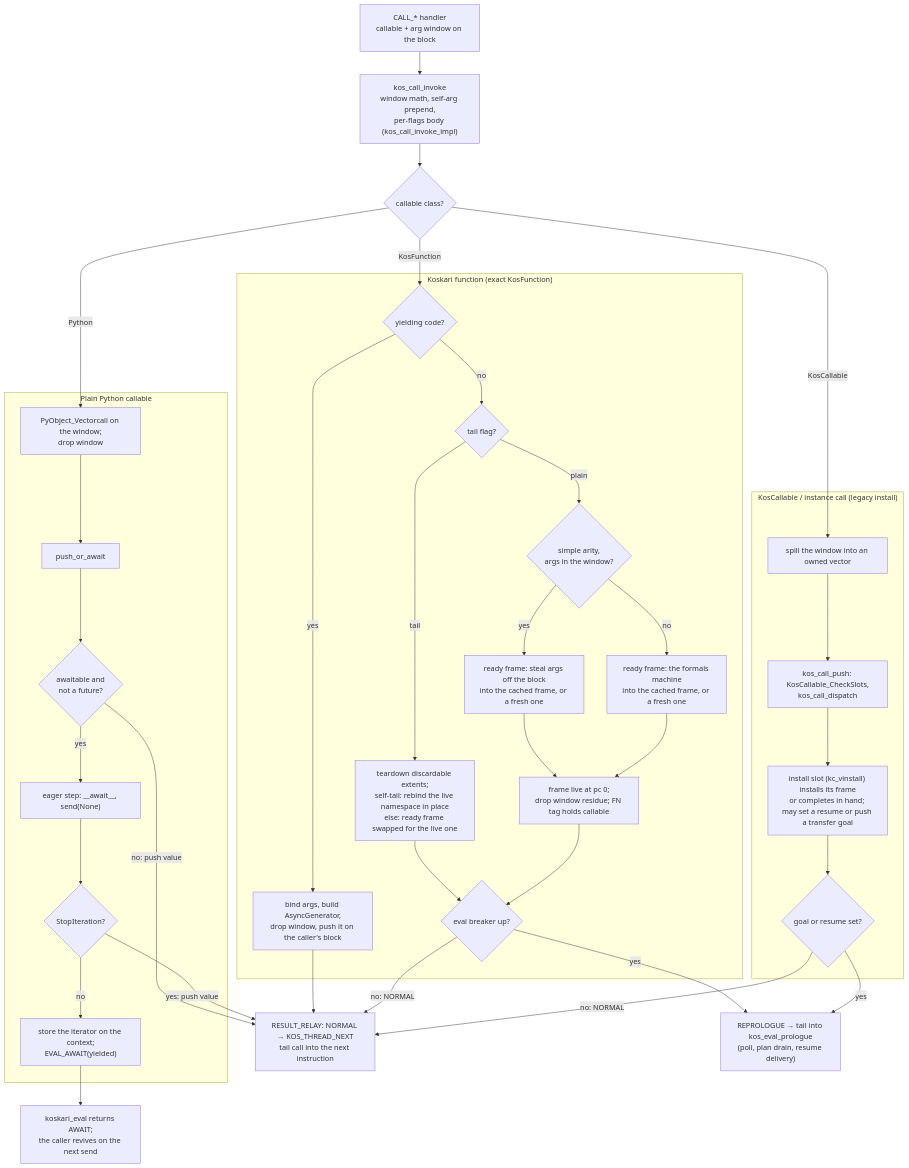
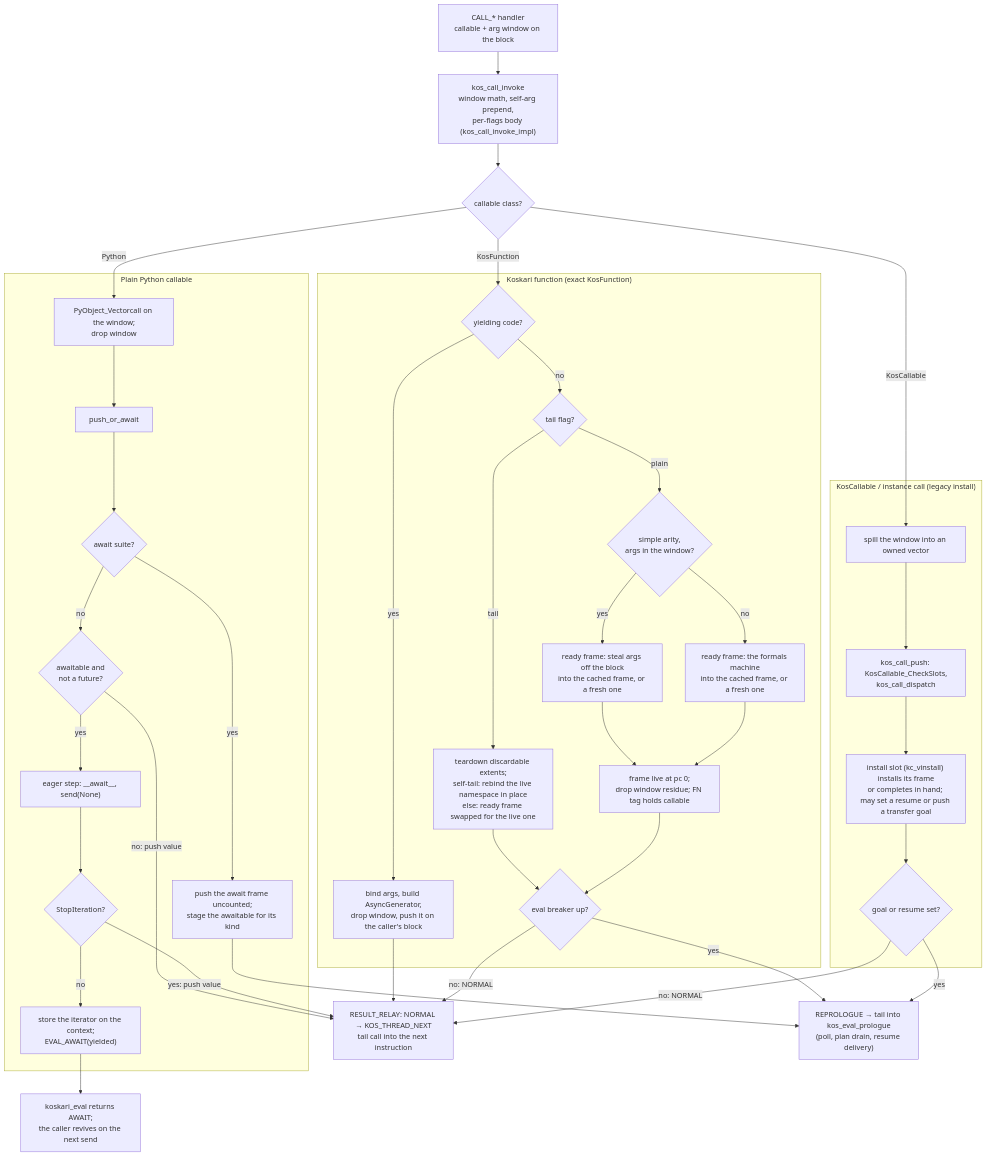
One commit to koskari-lang/koskari changed diagram 11 of 12 in design/EVALUATOR.md. Above: the diagram before and after it, drawn with Mermaid. The commit also changed other lines of this file and 7 other files, not shown here.

First line of the commit message:
Describe the await frame and the parked-chain splice in the design docs

````diff
--- a/design/EVALUATOR.md
+++ b/design/EVALUATOR.md
@@ -1235,60 +1235,64 @@
 ```mermaid
 flowchart TD
     op["CALL_* handler<br/>callable + arg window on the block"]
     inv["kos_call_invoke<br/>window math, self-arg prepend,<br/>per-flags body (kos_call_invoke_impl)"]
     cls{"callable class?"}
 
     subgraph kos["Koskari function (exact KosFunction)"]
         gen{"yielding code?"}
         agen["bind args, build AsyncGenerator,<br/>drop window, push it on the caller's block"]
         arity{"tail flag?"}
         tail["teardown discardable extents;<br/>self-tail: rebind the live namespace in place<br/>else: ready frame swapped for the live one"]
         simple{"simple arity,<br/>args in the window?"}
         steal["ready frame: steal args off the block<br/>into the cached frame, or a fresh one"]
         general["ready frame: the formals machine<br/>into the cached frame, or a fresh one"]
         inst["frame live at pc 0;<br/>drop window residue; FN tag holds callable"]
         coop{"eval breaker up?"}
     end
 
     subgraph py["Plain Python callable"]
         vc["PyObject_Vectorcall on the window;<br/>drop window"]
         poa["push_or_await"]
+        suite{"await suite?"}
+        aframe["push the await frame uncounted;<br/>stage the awaitable for its kind"]
         aw{"awaitable and<br/>not a future?"}
         eager["eager step: __await__, send(None)"]
         done{"StopIteration?"}
         susp["store the iterator on the context;<br/>EVAL_AWAIT(yielded)"]
     end
 
     subgraph legacy["KosCallable / instance call (legacy install)"]
         spill["spill the window into an owned vector"]
         kcall["kos_call_push: KosCallable_CheckSlots,<br/>kos_call_dispatch"]
         slot["install slot (kc_vinstall) installs its frame<br/>or completes in hand; may set a resume or push a transfer goal"]
         pending{"goal or resume set?"}
     end
 
     relay["RESULT_RELAY: NORMAL → KOS_THREAD_NEXT<br/>tail call into the next instruction"]
     repro["REPROLOGUE → tail into kos_eval_prologue<br/>(poll, plan drain, resume delivery)"]
     exit["koskari_eval returns AWAIT;<br/>the caller revives on the next send"]
 
     op --> inv --> cls
     cls -->|KosFunction| gen
     gen -->|yes| agen --> relay
     gen -->|no| arity
     arity -->|tail| tail --> coop
     arity -->|plain| simple
     simple -->|yes| steal --> inst
     simple -->|no| general --> inst
     inst --> coop
     coop -->|no: NORMAL| relay
     coop -->|yes| repro
 
-    cls -->|Python| vc --> poa --> aw
+    cls -->|Python| vc --> poa --> suite
+    suite -->|yes| aframe --> repro
+    suite -->|no| aw
     aw -->|no: push value| relay
     aw -->|yes| eager --> done
     done -->|yes: push value| relay
     done -->|no| susp --> exit
 
     cls -->|KosCallable| spill --> kcall --> slot --> pending
     pending -->|no: NORMAL| relay
     pending -->|yes| repro
 ```
````
